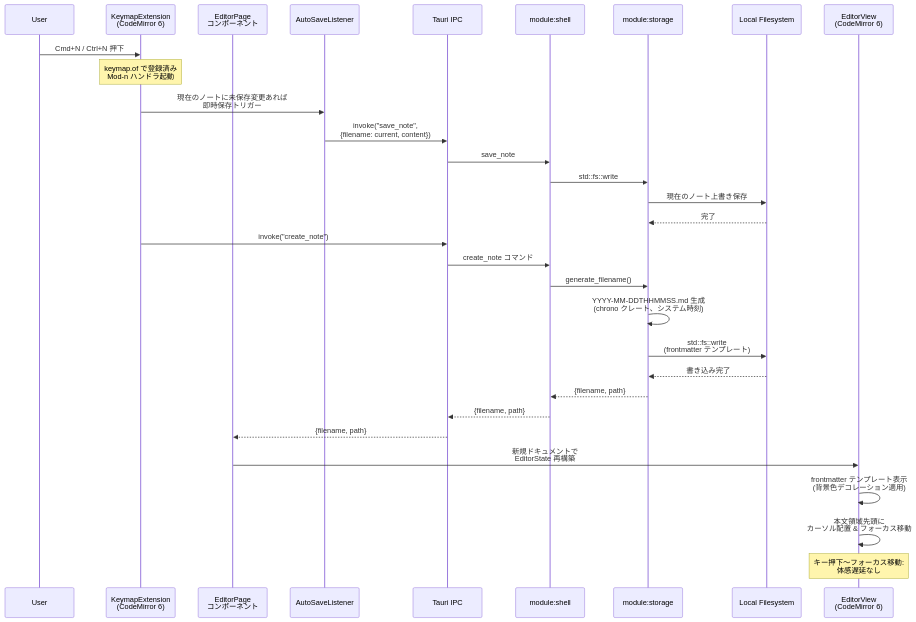
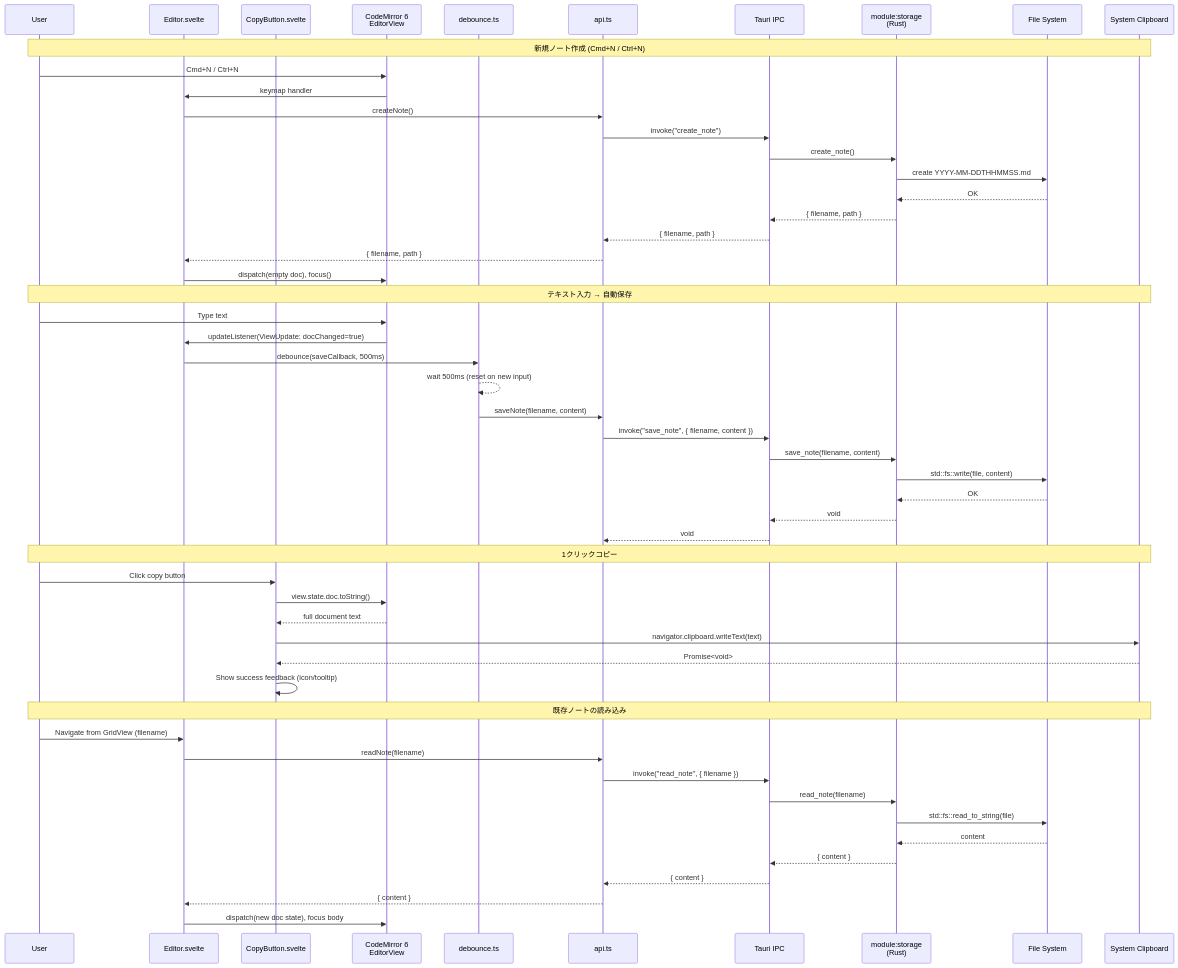
One commit to dev-komenzar/prompt-notes changed the second of 3 diagrams in docs/detailed_design/editor_clipboard_design.md. Above: the diagram before and after it, drawn with Mermaid. The commit also changed other lines of this file and 6 other files, not shown here.

````diff
--- a/docs/detailed_design/editor_clipboard_design.md
+++ b/docs/detailed_design/editor_clipboard_design.md
@@ -167,39 +102,59 @@
 ```mermaid
 sequenceDiagram
     participant User
-    participant KBMap as KeymapExtension<br/>(CodeMirror 6)
-    participant EditorPage as EditorPage<br/>コンポーネント
-    participant AutoSave as AutoSaveListener
+    participant EditorSvelte as Editor.svelte
+    participant CopyBtnSvelte as CopyButton.svelte
+    participant CM6 as CodeMirror 6<br/>EditorView
+    participant DebounceMod as debounce.ts
+    participant APITs as api.ts
     participant IPC as Tauri IPC
-    participant Shell as module:shell
-    participant Storage as module:storage
-    participant FS as Local Filesystem
-    participant CMView as EditorView<br/>(CodeMirror 6)
+    participant Storage as module:storage<br/>(Rust)
+    participant FS as File System
+    participant Clipboard as System Clipboard
 
-    User->>KBMap: Cmd+N / Ctrl+N 押下
+    Note over User,Clipboard: 新規ノート作成 (Cmd+N / Ctrl+N)
+    User->>CM6: Cmd+N / Ctrl+N
+    CM6->>EditorSvelte: keymap handler
+    EditorSvelte->>APITs: createNote()
+    APITs->>IPC: invoke("create_note")
+    IPC->>Storage: create_note()
+    Storage->>FS: create YYYY-MM-DDTHHMMSS.md
+    FS-->>Storage: OK
+    Storage-->>IPC: { filename, path }
+    IPC-->>APITs: { filename, path }
+    APITs-->>EditorSvelte: { filename, path }
+    EditorSvelte->>CM6: dispatch(empty doc), focus()
 
-    Note over KBMap: keymap.of で登録済み<br/>Mod-n ハンドラ起動
+    Note over User,Clipboard: テキスト入力 → 自動保存
+    User->>CM6: Type text
+    CM6->>EditorSvelte: updateListener(ViewUpdate: docChanged=true)
+    EditorSvelte->>DebounceMod: debounce(saveCallback, 500ms)
+    DebounceMod-->>DebounceMod: wait 500ms (reset on new input)
+    DebounceMod->>APITs: saveNote(filename, content)
+    APITs->>IPC: invoke("save_note", { filename, content })
+    IPC->>Storage: save_note(filename, content)
+    Storage->>FS: std::fs::write(file, content)
+    FS-->>Storage: OK
+    Storage-->>IPC: void
+    IPC-->>APITs: void
 
-    KBMap->>AutoSave: 現在のノートに未保存変更あれば<br/>即時保存トリガー
-    AutoSave->>IPC: invoke("save_note",<br/>{filename: current, content})
-    IPC->>Shell: save_note
-    Shell->>Storage: std::fs::write
-    Storage->>FS: 現在のノート上書き保存
-    FS-->>Storage: 完了
+    Note over User,Clipboard: 1クリックコピー
+    User->>CopyBtnSvelte: Click copy button
+    CopyBtnSvelte->>CM6: view.state.doc.toString()
+    CM6-->>CopyBtnSvelte: full document text
+    CopyBtnSvelte->>Clipboard: navigator.clipboard.writeText(text)
+    Clipboard-->>CopyBtnSvelte: Promise<void>
+    CopyBtnSvelte->>CopyBtnSvelte: Show success feedback (icon/tooltip)
 
-    KBMap->>IPC: invoke("create_note")
-    IPC->>Shell: create_note コマンド
-    Shell->>Storage: generate_filename()
-    Storage->>Storage: YYYY-MM-DDTHHMMSS.md 生成<br/>(chrono クレート、システム時刻)
-    Storage->>FS: std::fs::write<br/>(frontmatter テンプレート)
-    FS-->>Storage: 書き込み完了
-    Storage-->>Shell: {filename, path}
-    Shell-->>IPC: {filename, path}
-    IPC-->>EditorPage: {filename, path}
-
-    EditorPage->>CMView: 新規ドキュメントで<br/>EditorState 再構築
-    CMView->>CMView: frontmatter テンプレート表示<br/>(背景色デコレーション適用)
-    CMView->>CMView: 本文領域先頭に<br/>カーソル配置 & フォーカス移動
-
-    Note over CMView: キー押下〜フォーカス移動:<br/>体感遅延なし
+    Note over User,Clipboard: 既存ノートの読み込み
+    User->>EditorSvelte: Navigate from GridView (filename)
+    EditorSvelte->>APITs: readNote(filename)
+    APITs->>IPC: invoke("read_note", { filename })
+    IPC->>Storage: read_note(filename)
+    Storage->>FS: std::fs::read_to_string(file)
+    FS-->>Storage: content
+    Storage-->>IPC: { content }
+    IPC-->>APITs: { content }
+    APITs-->>EditorSvelte: { content }
+    EditorSvelte->>CM6: dispatch(new doc state), focus body
 ```
````
